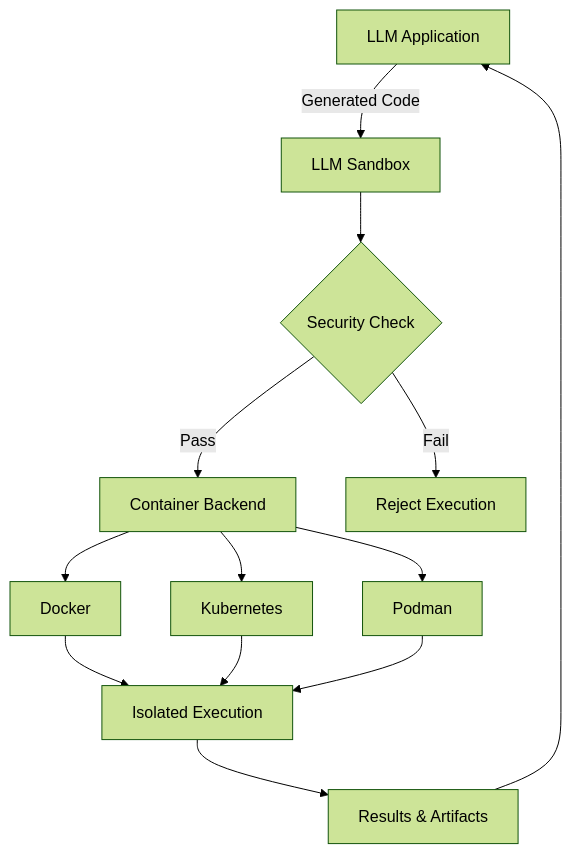
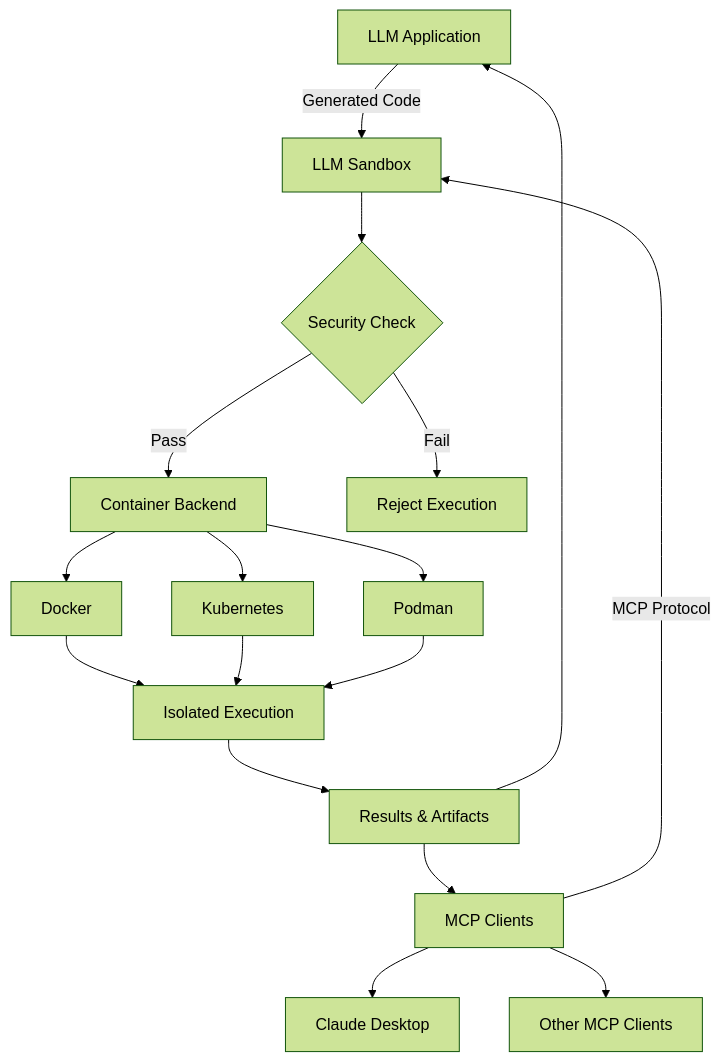
The diagram in docs/index.md (vndee/llm-sandbox), drawn with Mermaid (forest theme) before and after one commit. The commit also changed other lines of this file and 2 other files, not shown here.

First line of the commit message:
Add MCP Integration documentation and update index

````diff
--- a/docs/index.md
+++ b/docs/index.md
@@ -118,15 +127,20 @@
 ```mermaid
 graph TD
     A[LLM Application] -->|Generated Code| B[LLM Sandbox]
+    A1[MCP Clients] -->|MCP Protocol| B
     B --> C{Security Check}
     C -->|Pass| D[Container Backend]
     C -->|Fail| E[Reject Execution]
     D --> F[Docker]
     D --> G[Kubernetes]
     D --> H[Podman]
     F --> J[Isolated Execution]
     G --> J
     H --> J
     J --> K[Results & Artifacts]
     K --> A
+    K --> A1
+
+    A1 --> L[Claude Desktop]
+    A1 --> M[Other MCP Clients]
 ```
````
